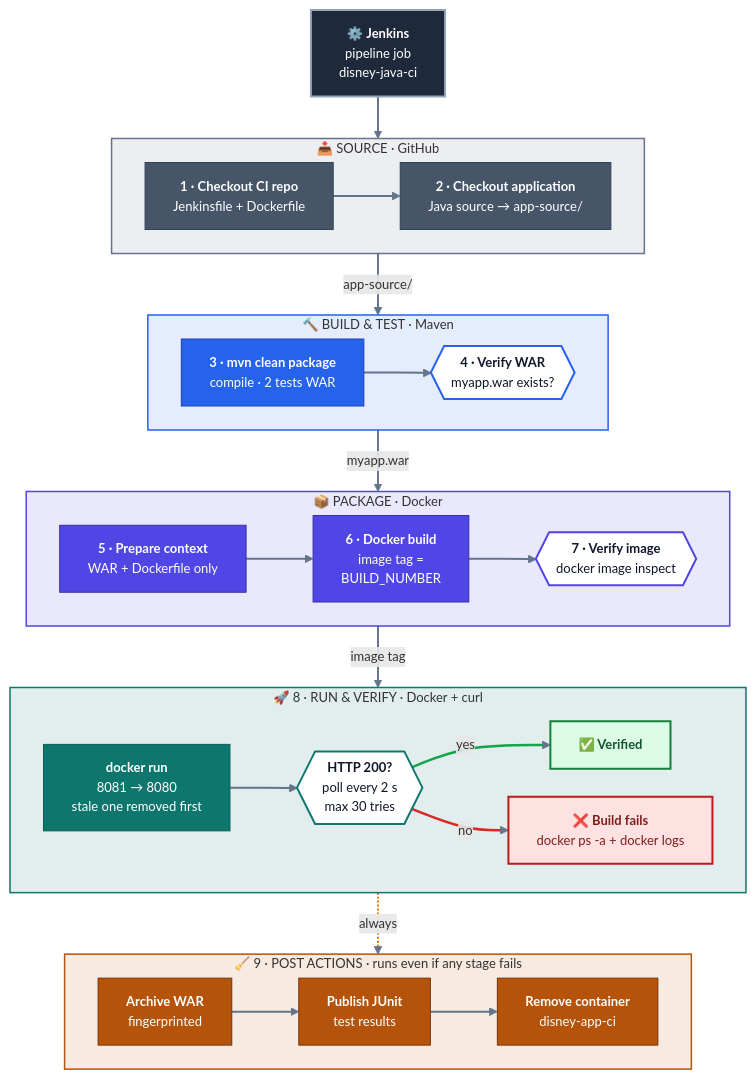
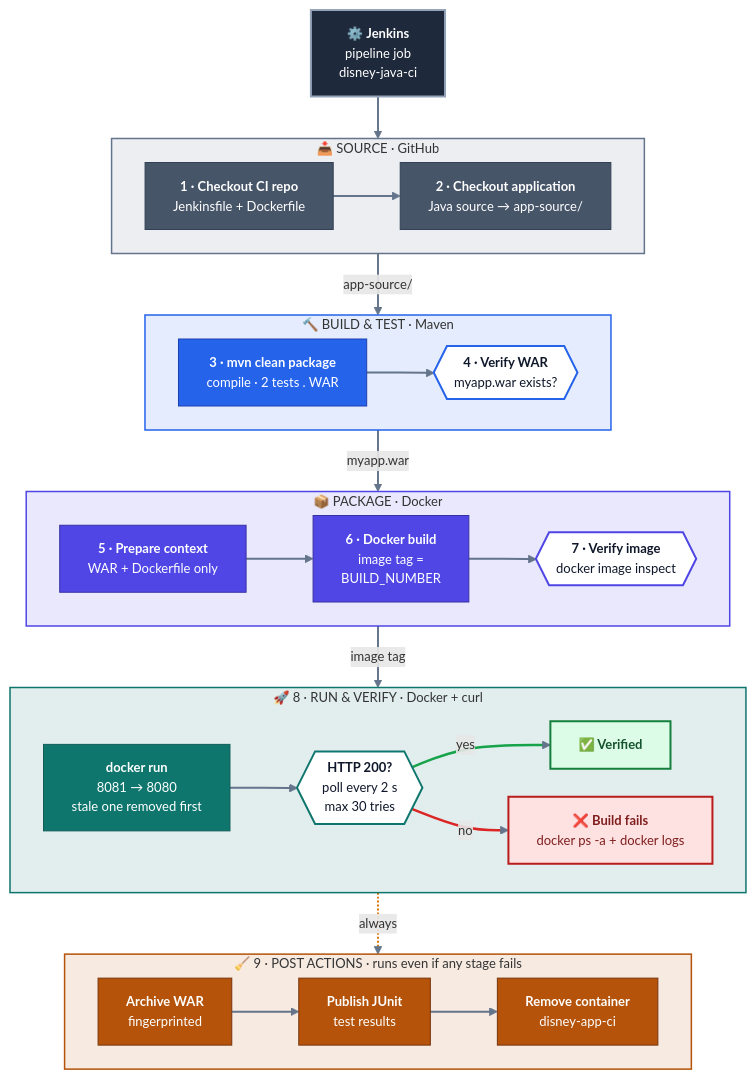
Before and after one commit to dileepkumar-bit/devops-portfolio: the first of 2 diagrams in 03-jenkins-cicd-pipeline/README.md, drawn with Mermaid.

```diff
--- a/03-jenkins-cicd-pipeline/README.md
+++ b/03-jenkins-cicd-pipeline/README.md
@@ -58,7 +58,7 @@
 
     subgraph BLD["🔨 BUILD & TEST · Maven"]
         direction LR
-        B1["<b>3 · mvn clean package</b><br/>compile · 2 tests WAR"]
+        B1["<b>3 · mvn clean package</b><br/>compile · 2 tests . WAR"]
         B2{{"<b>4 · Verify WAR</b><br/>myapp.war exists?"}}
         B1 --> B2
     end
```
